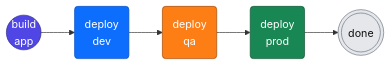
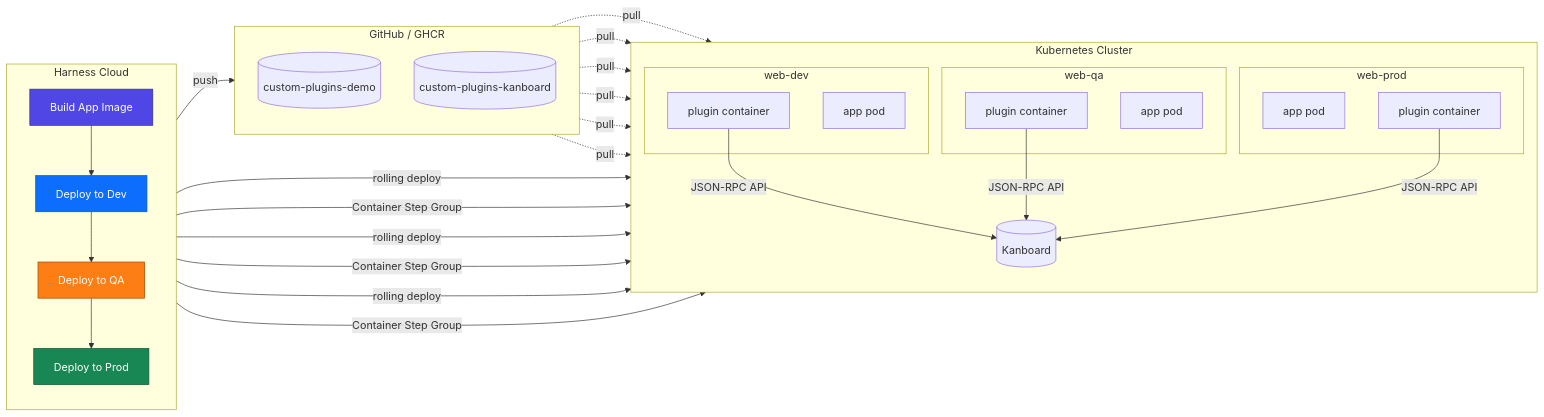
Before and after one commit to stephen-w-pracy/cd-tidbit-custom-plugins: the diagram in README.md, drawn with Mermaid. The commit also changed other lines of this file and 3 other files, not shown here.

Commit message:
intro screenshots and better diagram

````diff
--- a/README.md
+++ b/README.md
@@ -380,13 +387,59 @@
 ```mermaid
 flowchart LR
-    A((build<br/>app)) --> B("deploy<br/>dev")
-    B --> C("deploy<br/>qa")
-    C --> D("deploy<br/>prod")
-    D --> E((("done")))
+    subgraph Harness["Harness Cloud"]
+        direction TB
+        Build["Build App Image"]
+        DeployDev["Deploy to Dev"]
+        DeployQA["Deploy to QA"]
+        DeployProd["Deploy to Prod"]
+        Build --> DeployDev --> DeployQA --> DeployProd
+    end
 
-    style A fill:#4f46e5,stroke:#312e81,color:#fff
-    style B fill:#0d6efd,stroke:#0a4fbf,color:#fff
-    style C fill:#fd7e14,stroke:#a04600,color:#fff
-    style D fill:#198754,stroke:#0f5132,color:#fff
-    style E fill:#e5e7eb,stroke:#6b7280,color:#111
+    subgraph GH["GitHub / GHCR"]
+        direction TB
+        AppImg[("custom-plugins-demo")]
+        PluginImg[("custom-plugins-kanboard")]
+    end
+
+    subgraph K8s["Kubernetes Cluster"]
+        direction TB
+        subgraph nsdev["web-dev"]
+            PodDev["app pod"]
+            CtrDev["plugin container"]
+        end
+        subgraph nsqa["web-qa"]
+            PodQA["app pod"]
+            CtrQA["plugin container"]
+        end
+        subgraph nsprod["web-prod"]
+            PodProd["app pod"]
+            CtrProd["plugin container"]
+        end
+        KB[("Kanboard")]
+    end
+
+    Build -->|push| AppImg
+
+    AppImg -.->|pull| PodDev
+    AppImg -.->|pull| PodQA
+    AppImg -.->|pull| PodProd
+    PluginImg -.->|pull| CtrDev
+    PluginImg -.->|pull| CtrQA
+    PluginImg -.->|pull| CtrProd
+
+    DeployDev -->|rolling deploy| PodDev
+    DeployDev -->|"Container Step Group"| CtrDev
+    DeployQA -->|rolling deploy| PodQA
+    DeployQA -->|"Container Step Group"| CtrQA
+    DeployProd -->|rolling deploy| PodProd
+    DeployProd -->|"Container Step Group"| CtrProd
+
+    CtrDev -->|JSON-RPC API| KB
+    CtrQA -->|JSON-RPC API| KB
+    CtrProd -->|JSON-RPC API| KB
+
+    style Build fill:#4f46e5,stroke:#312e81,color:#fff
+    style DeployDev fill:#0d6efd,stroke:#0a4fbf,color:#fff
+    style DeployQA fill:#fd7e14,stroke:#a04600,color:#fff
+    style DeployProd fill:#198754,stroke:#0f5132,color:#fff
 ```
````
